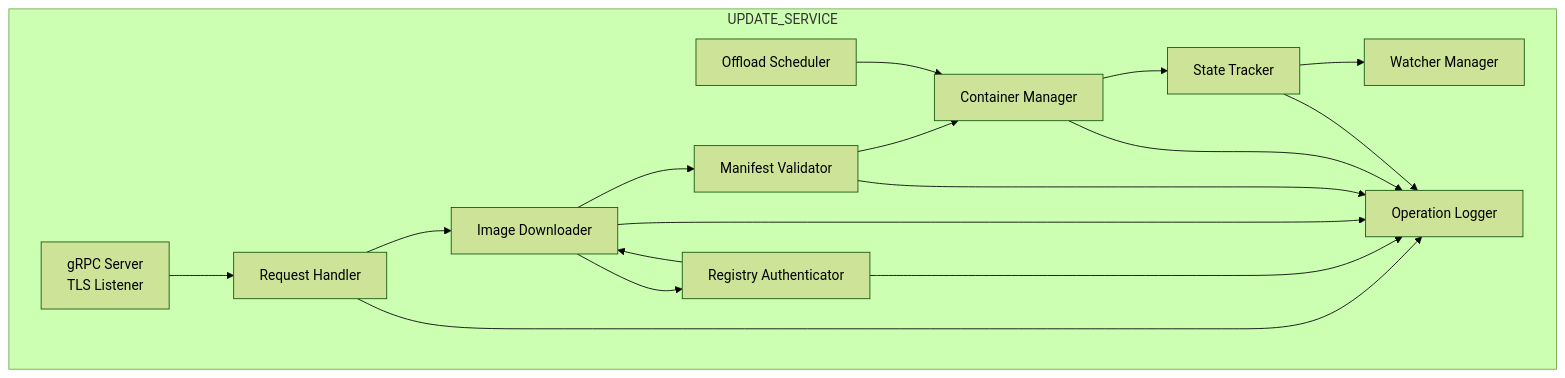
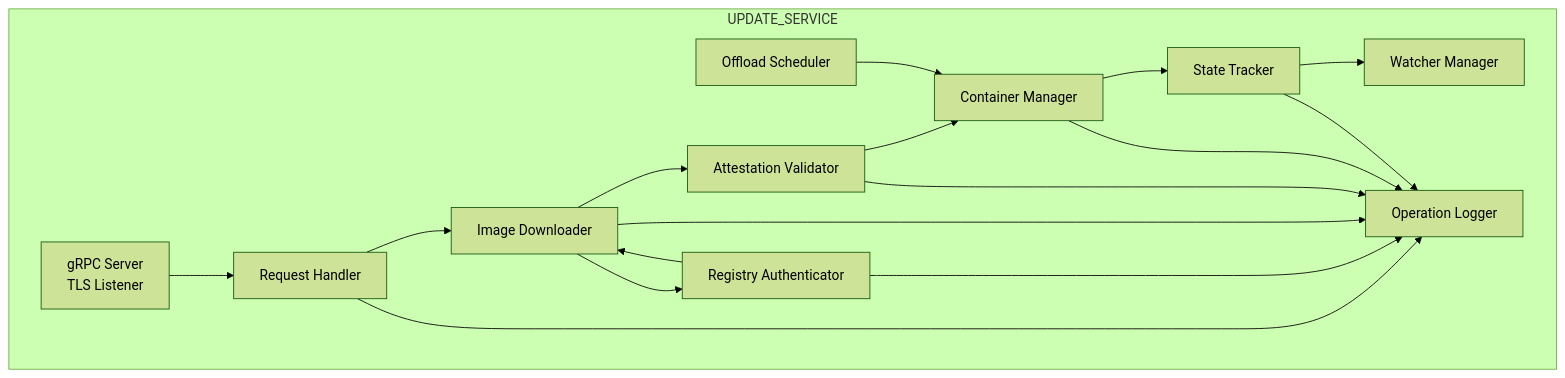
The second of 3 diagrams in .kiro/specs/update-service/design.md (rhadp/parking-fee-service), drawn with Mermaid (forest theme) before and after one commit. The commit also changed other lines of this file and 3 other files, not shown here.

Commit message:
updated both the requirements and design documents to use "Attestation" instead of "Manifest" for container verification.

````diff
--- a/.kiro/specs/update-service/design.md
+++ b/.kiro/specs/update-service/design.md
@@ -40,31 +40,31 @@
 ```mermaid
 flowchart TB
     subgraph UpdateService["UPDATE_SERVICE"]
         GRPC[gRPC Server<br/>TLS Listener]
         CMD[Request Handler]
         AUTH[Registry Authenticator]
         DL[Image Downloader]
-        VAL[Manifest Validator]
+        ATT[Attestation Validator]
         CM[Container Manager]
         ST[State Tracker]
         WATCH[Watcher Manager]
         OFF[Offload Scheduler]
         LOG[Operation Logger]
     end
     
     GRPC --> CMD
     CMD --> DL
     DL --> AUTH
     AUTH --> DL
-    DL --> VAL
-    VAL --> CM
+    DL --> ATT
+    ATT --> CM
     CM --> ST
     ST --> WATCH
     OFF --> CM
     CMD --> LOG
     AUTH --> LOG
     DL --> LOG
-    VAL --> LOG
+    ATT --> LOG
     CM --> LOG
     ST --> LOG
 ```
````
